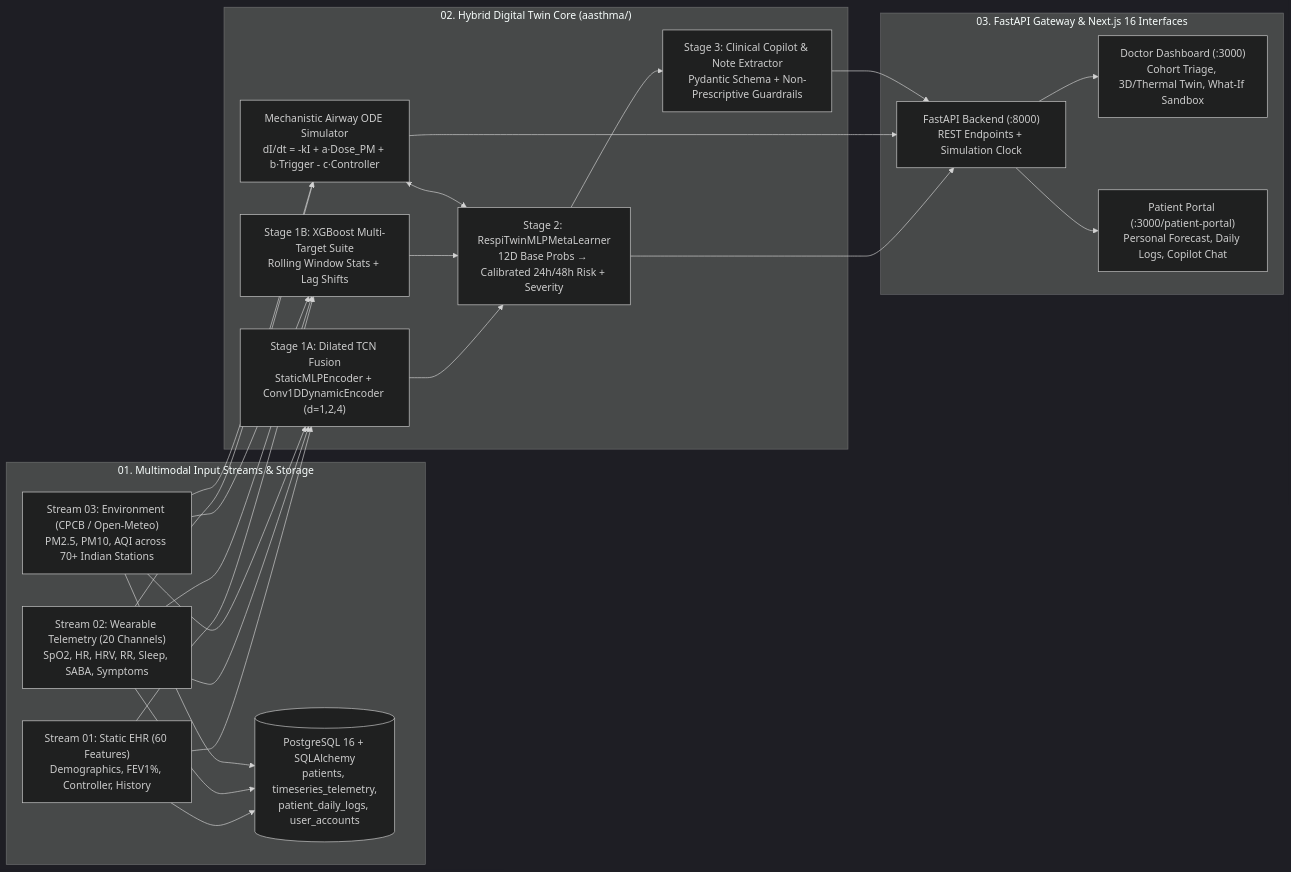
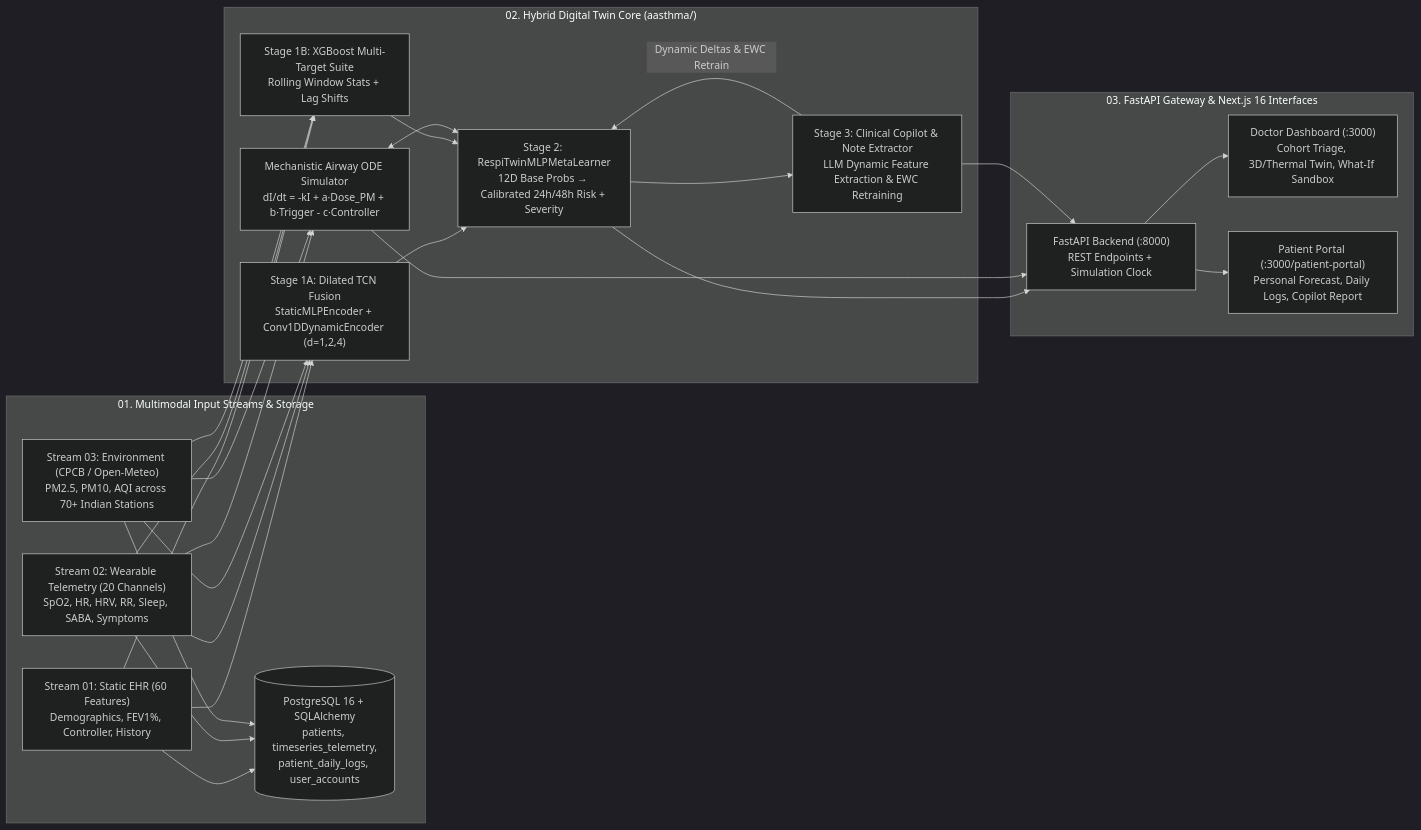
Before and after one commit to Frisbee148/BreatheTwin: the diagram in README.md, drawn with Mermaid (dark theme). The commit also changed other lines of this file and 9 other files, not shown here.

````diff
--- a/README.md
+++ b/README.md
@@ -195,32 +240,33 @@
 ```mermaid
 flowchart LR
     subgraph Streams["01. Multimodal Input Streams & Storage"]
         EHR["Stream 01: Static EHR (60 Features)<br/>Demographics, FEV1%, Controller, History"]
         WEAR["Stream 02: Wearable Telemetry (20 Channels)<br/>SpO2, HR, HRV, RR, Sleep, SABA, Symptoms"]
         AQI["Stream 03: Environment (CPCB / Open-Meteo)<br/>PM2.5, PM10, AQI across 70+ Indian Stations"]
         PG[("PostgreSQL 16 + SQLAlchemy<br/>patients, timeseries_telemetry,<br/>patient_daily_logs, user_accounts")]
     end
 
     subgraph Core["02. Hybrid Digital Twin Core (aasthma/)"]
         ODE["Mechanistic Airway ODE Simulator<br/>dI/dt = -kI + a·Dose_PM + b·Trigger - c·Controller"]
         TCN["Stage 1A: Dilated TCN Fusion<br/>StaticMLPEncoder + Conv1DDynamicEncoder (d=1,2,4)"]
         XGB["Stage 1B: XGBoost Multi-Target Suite<br/>Rolling Window Stats + Lag Shifts"]
         META["Stage 2: RespiTwinMLPMetaLearner<br/>12D Base Probs → Calibrated 24h/48h Risk + Severity"]
-        LLM["Stage 3: Clinical Copilot & Note Extractor<br/>Pydantic Schema + Non-Prescriptive Guardrails"]
+        LLM["Stage 3: Clinical Copilot & Note Extractor<br/>LLM Dynamic Feature Extraction & EWC Retraining"]
     end
 
     subgraph UI["03. FastAPI Gateway & Next.js 16 Interfaces"]
         API["FastAPI Backend (:8000)<br/>REST Endpoints + Simulation Clock"]
         DOC["Doctor Dashboard (:3000)<br/>Cohort Triage, 3D/Thermal Twin, What-If Sandbox"]
-        PAT["Patient Portal (:3000/patient-portal)<br/>Personal Forecast, Daily Logs, Copilot Chat"]
+        PAT["Patient Portal (:3000/patient-portal)<br/>Personal Forecast, Daily Logs, Copilot Report"]
     end
 
     EHR & WEAR & AQI --> PG
     EHR & WEAR & AQI --> TCN & XGB
     WEAR & AQI --> ODE
     TCN & XGB --> META
     ODE <--> META
     META --> LLM
+    LLM -->|"Dynamic Deltas & EWC Retrain"| META
     META & ODE & LLM --> API
     API --> DOC & PAT
 ```
````
